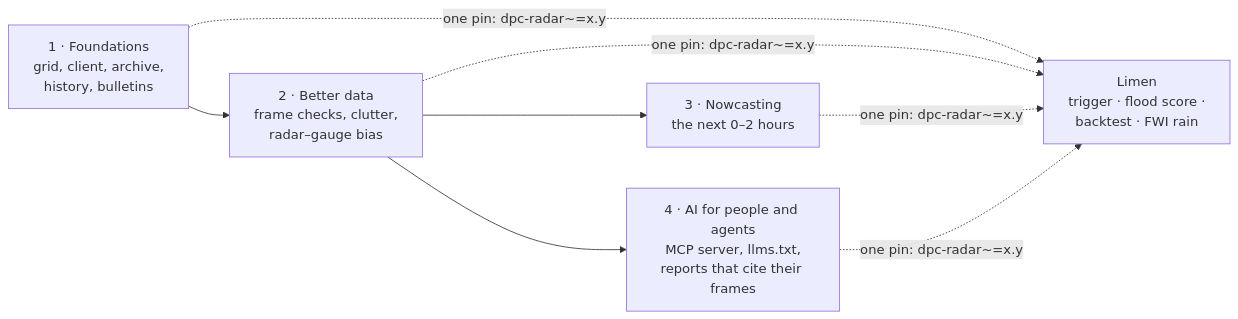
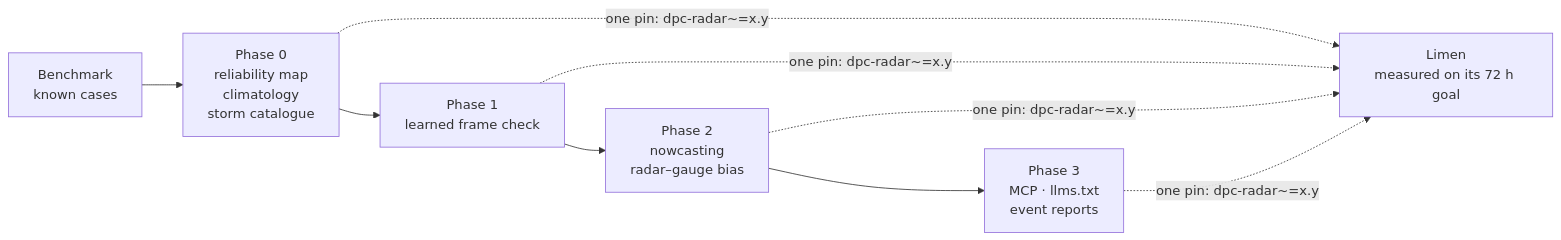
One commit to LBCron/dpc-radar changed the diagram in docs/roadmap.md. Above: the diagram before and after it, drawn with Mermaid. The commit also changed other lines of this file and 1 other file, not shown here.

First line of the commit message:
docs: roadmap of AI and ML measured against Limen's 72 h goal

````diff
--- a/docs/roadmap.md
+++ b/docs/roadmap.md
@@ -16,7 +42,8 @@
 ```mermaid
 flowchart LR
-    A["1 · Foundations<br/>grid, client, archive,<br/>history, bulletins"] --> B["2 · Better data<br/>frame checks, clutter,<br/>radar–gauge bias"]
-    B --> C["3 · Nowcasting<br/>the next 0–2 hours"]
-    B --> D["4 · AI for people and agents<br/>MCP server, llms.txt,<br/>reports that cite their frames"]
-    A & B & C & D -.->|"one pin: dpc-radar~=x.y"| L["Limen<br/>trigger · flood score ·<br/>backtest · FWI rain"]
+    B["Benchmark<br/>known cases"] --> P0["Phase 0<br/>reliability map<br/>climatology<br/>storm catalogue"]
+    P0 --> P1["Phase 1<br/>learned frame check"]
+    P1 --> P2["Phase 2<br/>nowcasting<br/>radar–gauge bias"]
+    P2 --> P3["Phase 3<br/>MCP · llms.txt<br/>event reports"]
+    P0 & P1 & P2 & P3 -.->|"one pin: dpc-radar~=x.y"| L["Limen<br/>measured on its 72 h goal"]
 ```
````
